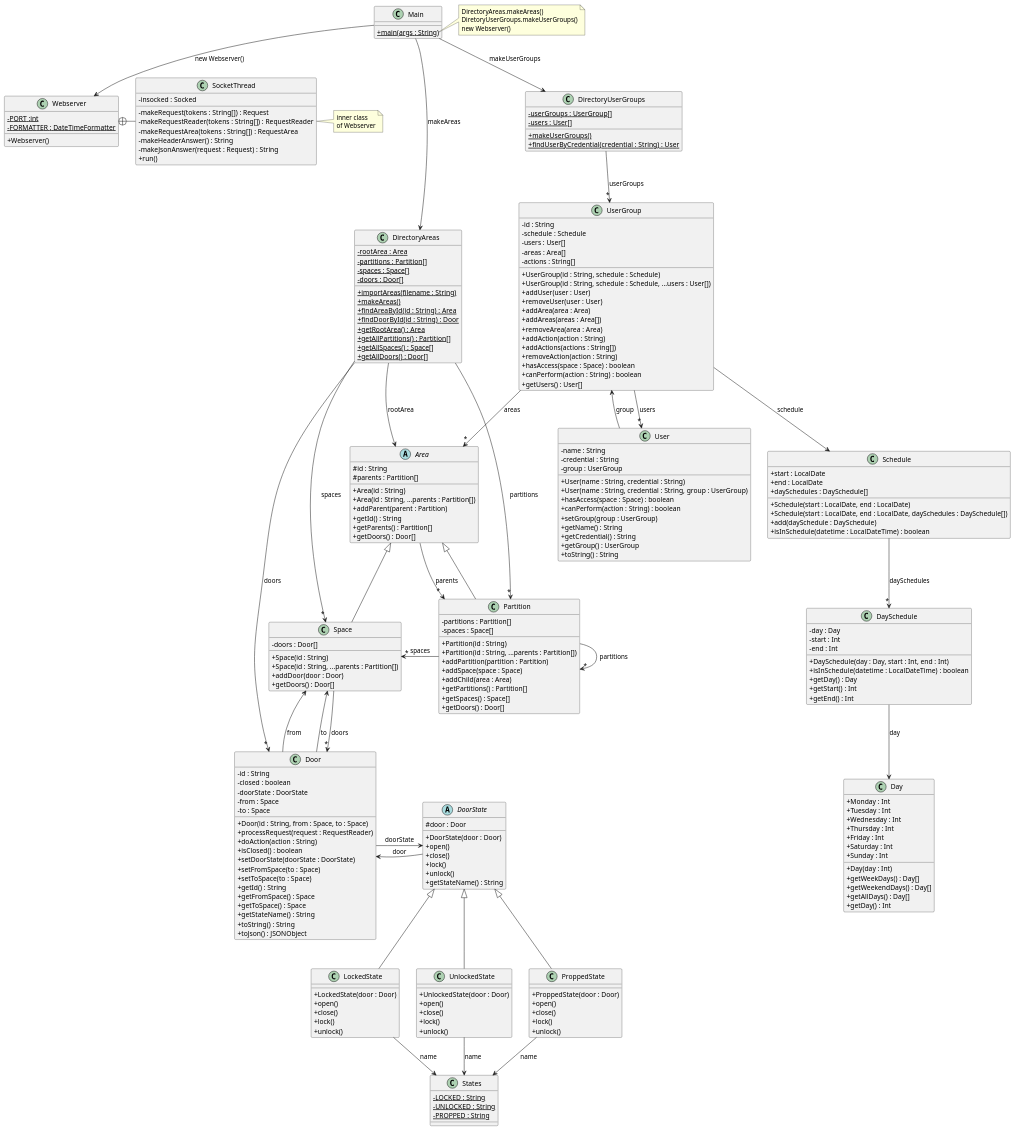
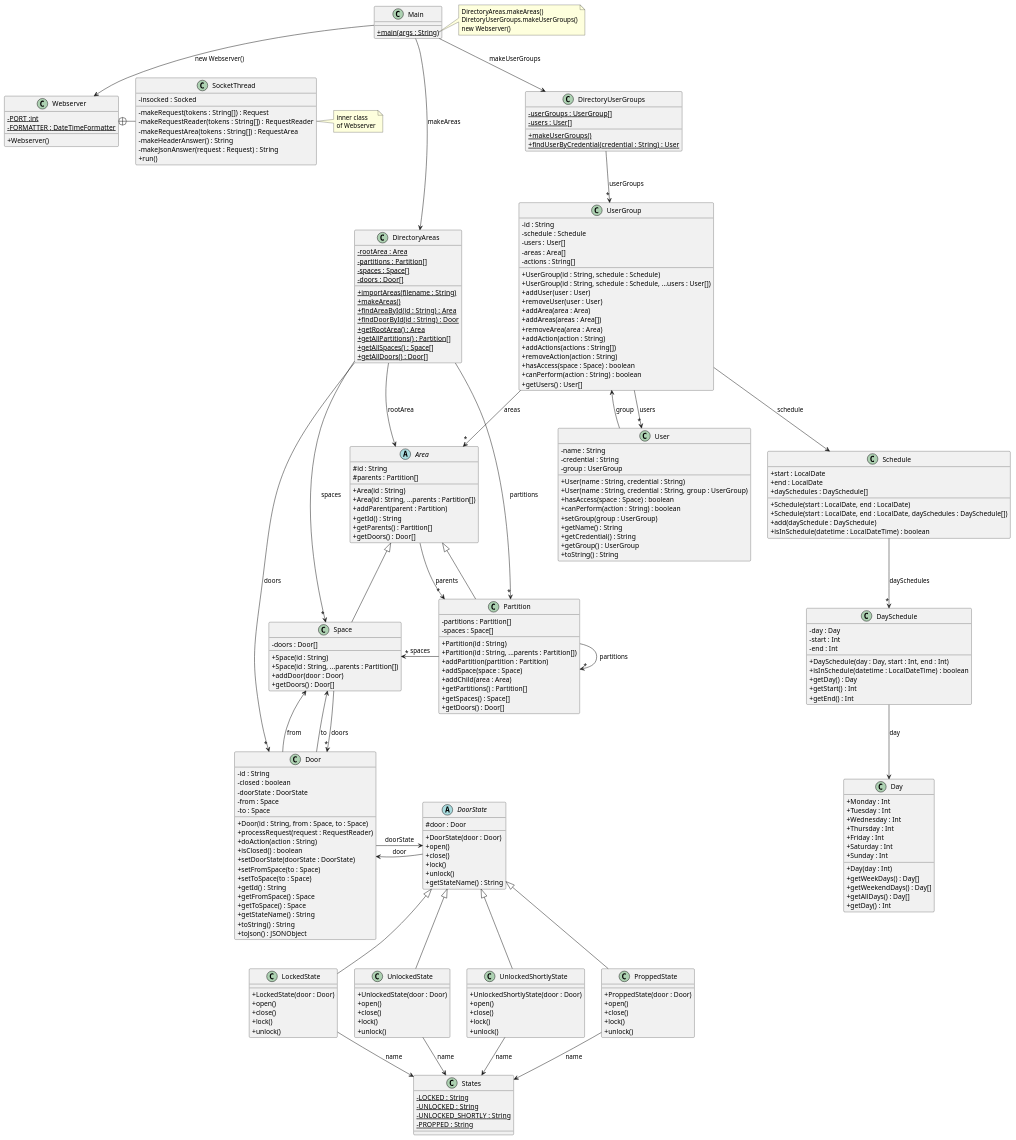
The diagram in src/baseNoStates/uml/base_no_states.puml (joan667/Acces_Control), drawn with PlantUML before and after one commit. The commit also changed 2 other files, not shown here.

Commit message:
Unlocked Shortly

```diff
--- a/src/baseNoStates/uml/base_no_states.puml
+++ b/src/baseNoStates/uml/base_no_states.puml
@@ -145,6 +145,7 @@
 static class States {
 - {static} LOCKED : String
 - {static} UNLOCKED : String
+- {static} UNLOCKED_SHORTLY : String
 - {static} PROPPED : String
 }
 
@@ -164,6 +165,14 @@
 + unlock()
 }
 
+class UnlockedShortlyState extends DoorState {
++ UnlockedShortlyState(door : Door)
++ open()
++ close()
++ lock()
++ unlock()
+}
+
 class ProppedState extends DoorState {
 + ProppedState(door : Door)
 + open()
@@ -174,6 +183,7 @@
 
 LockedState --> States : name
 UnlockedState --> States : name
+UnlockedShortlyState --> States : name
 ProppedState --> States : name
 
 
```
